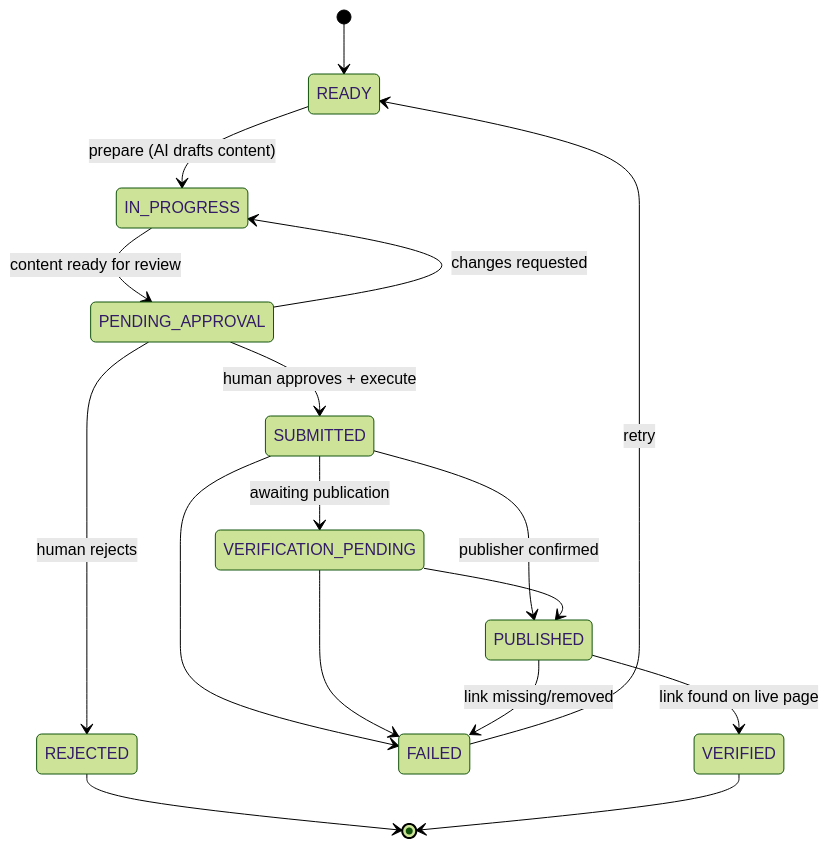
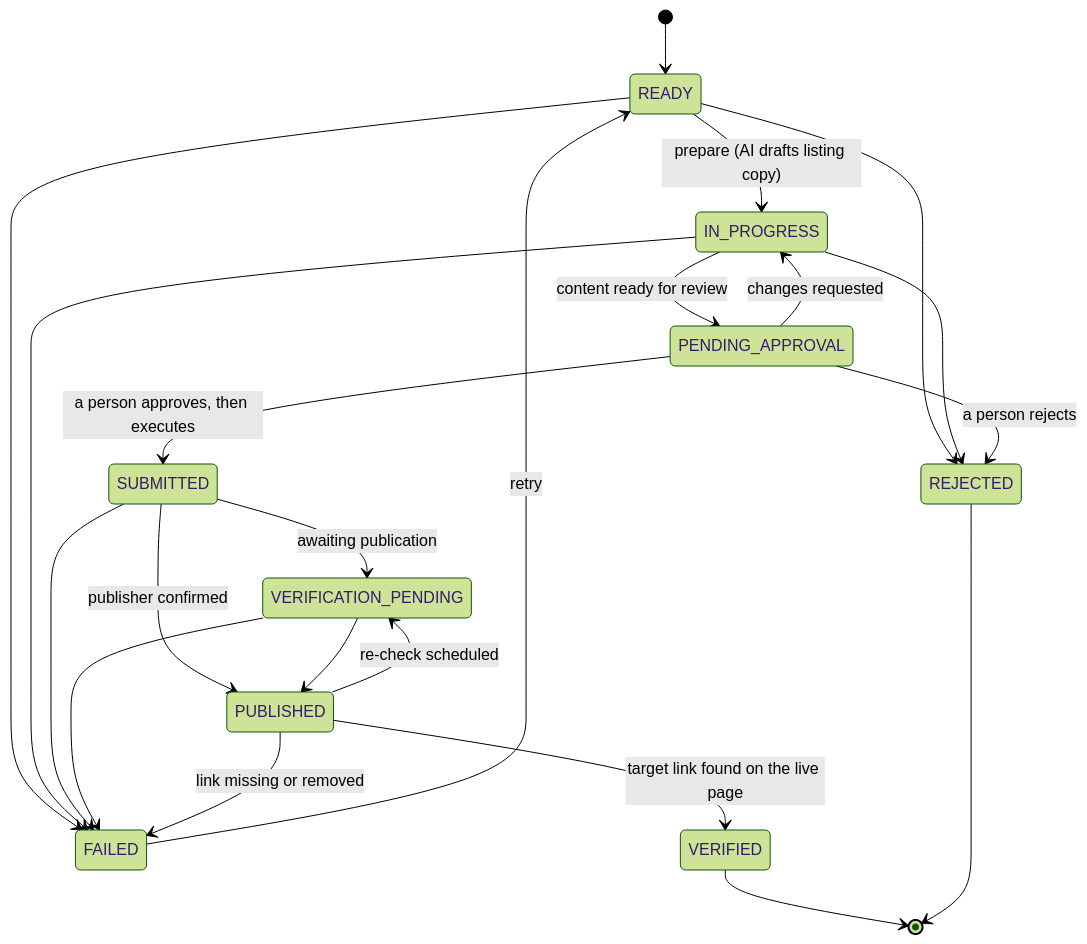
Before and after one commit to andola-dev/buildseo: the third of 3 diagrams in docs/ARCHITECTURE.md, drawn with Mermaid (forest theme). The commit also changed other lines of this file and 3 other files, not shown here.

First line of the commit message:
docs: add seed script and README, sync architecture doc with the code

````diff
--- a/docs/ARCHITECTURE.md
+++ b/docs/ARCHITECTURE.md
@@ -951,19 +1098,24 @@
 ```mermaid
 stateDiagram-v2
     [*] --> READY
-    READY --> IN_PROGRESS : prepare (AI drafts content)
+    READY --> IN_PROGRESS : prepare (AI drafts listing copy)
+    READY --> REJECTED
+    READY --> FAILED
     IN_PROGRESS --> PENDING_APPROVAL : content ready for review
+    IN_PROGRESS --> REJECTED
+    IN_PROGRESS --> FAILED
     PENDING_APPROVAL --> IN_PROGRESS : changes requested
-    PENDING_APPROVAL --> SUBMITTED : human approves + execute
-    PENDING_APPROVAL --> REJECTED : human rejects
+    PENDING_APPROVAL --> SUBMITTED : a person approves, then executes
+    PENDING_APPROVAL --> REJECTED : a person rejects
     SUBMITTED --> VERIFICATION_PENDING : awaiting publication
     SUBMITTED --> PUBLISHED : publisher confirmed
     SUBMITTED --> FAILED
     VERIFICATION_PENDING --> PUBLISHED
     VERIFICATION_PENDING --> FAILED
-    PUBLISHED --> VERIFIED : link found on live page
-    PUBLISHED --> FAILED : link missing/removed
+    PUBLISHED --> VERIFIED : target link found on the live page
+    PUBLISHED --> VERIFICATION_PENDING : re-check scheduled
+    PUBLISHED --> FAILED : link missing or removed
     FAILED --> READY : retry
+    VERIFIED --> [*]
     REJECTED --> [*]
-    VERIFIED --> [*]
 ```
````
